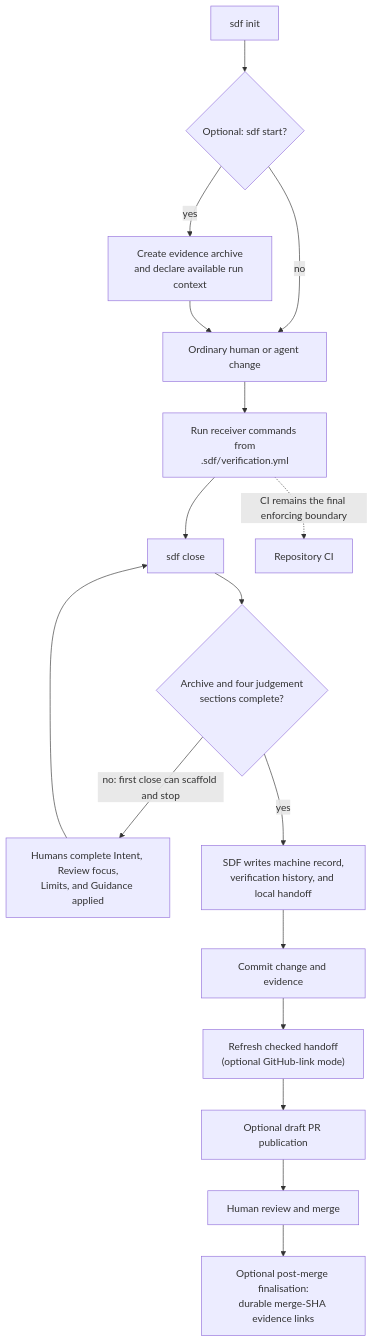
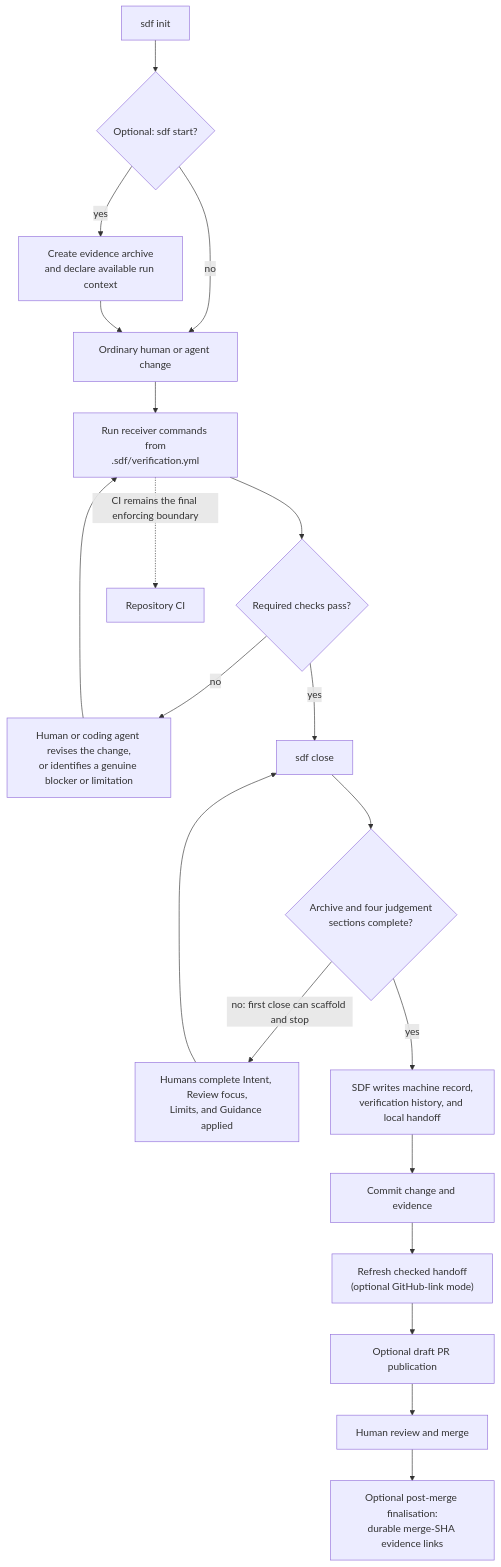
One commit to johnnybutler7/sdf-cli changed the second of 2 diagrams in ARCHITECTURE.md. Above: the diagram before and after it, drawn with Mermaid. The commit also changed other lines of this file and 1 other file, not shown here.

Commit message:
Show verification feedback loop in architecture

````diff
--- a/ARCHITECTURE.md
+++ b/ARCHITECTURE.md
@@ -61,19 +61,22 @@
 ```mermaid
 flowchart TD
   init["sdf init"] --> start{"Optional: sdf start?"}
   start -->|yes| archive["Create evidence archive\nand declare available run context"]
   start -->|no| change["Ordinary human or agent change"]
   archive --> change
   change --> verify["Run receiver commands from\n.sdf/verification.yml"]
-  verify --> close["sdf close"]
+  verify --> checks{"Required checks pass?"}
+  checks -->|no| respond["Human or coding agent revises the change,\nor identifies a genuine blocker or limitation"]
+  respond --> verify
+  checks -->|yes| close["sdf close"]
   close --> first{"Archive and four judgement\nsections complete?"}
   first -->|no: first close can scaffold and stop| judgement["Humans complete Intent, Review focus,\nLimits, and Guidance applied"]
   judgement --> close
   first -->|yes| record["SDF writes machine record,\nverification history, and local handoff"]
   record --> commit["Commit change and evidence"]
   commit --> refresh["Refresh checked handoff\n(optional GitHub-link mode)"]
   refresh --> draft["Optional draft PR publication"]
   draft --> review["Human review and merge"]
   review --> finalise["Optional post-merge finalisation:\ndurable merge-SHA evidence links"]
   verify -. "CI remains the final enforcing boundary" .-> ci["Repository CI"]
 ```
````
